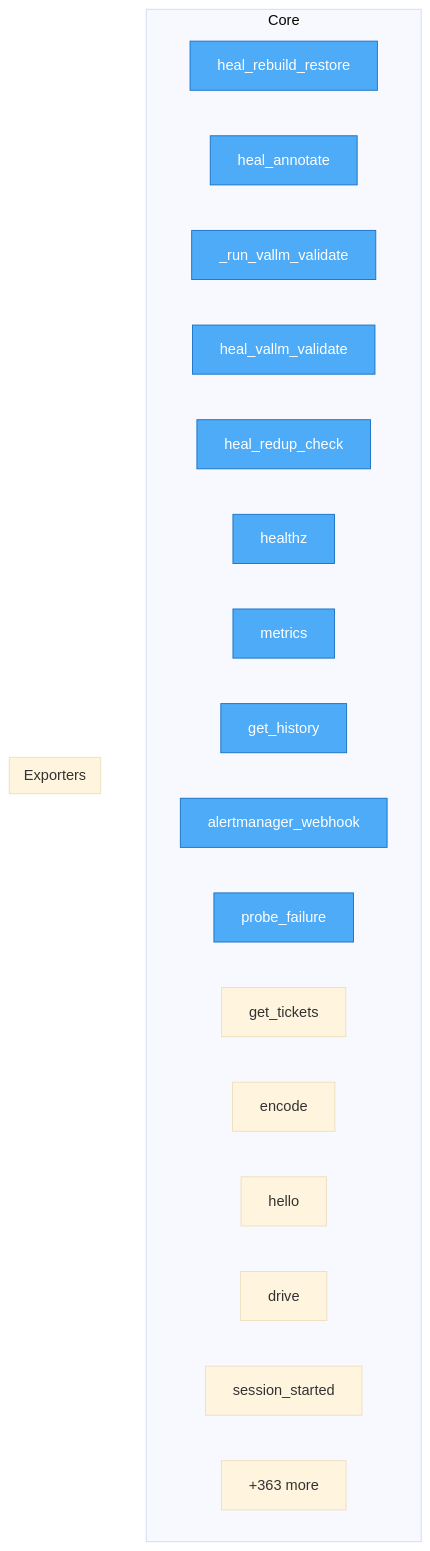
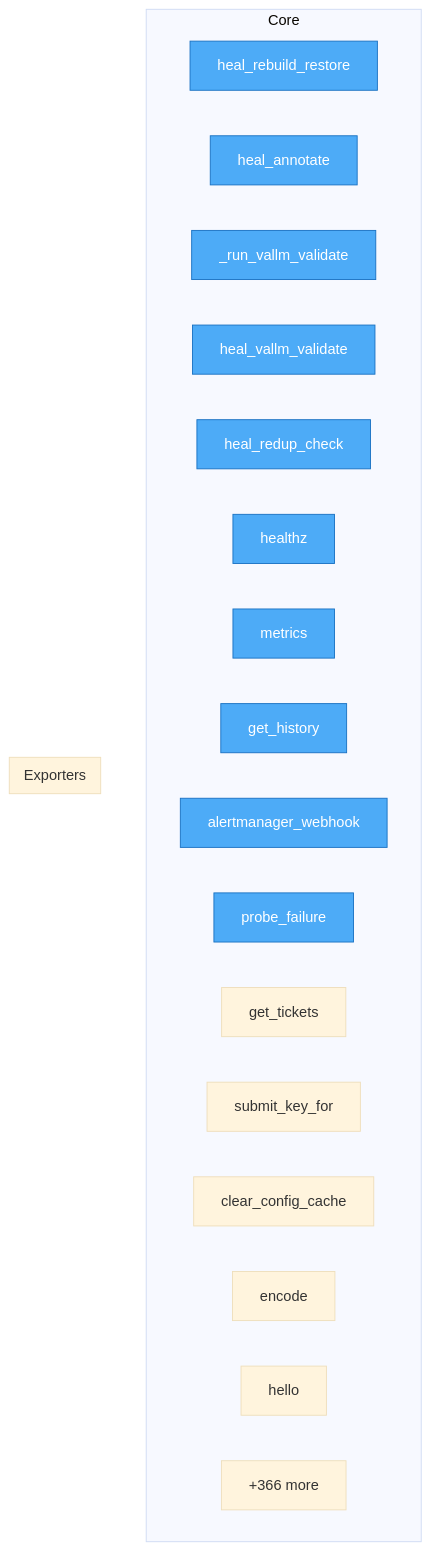
One commit to semcod/koru changed the diagram in project/flow.mmd. Above: the diagram before and after it, drawn with Mermaid (base theme). The commit also changed 107 other files, not shown here.

```diff
--- a/project/flow.mmd
+++ b/project/flow.mmd
@@ -1,29 +1,29 @@
 flowchart TD
 %% generated in 0.02s
 
     %% Entry points (blue)
     classDef entry fill:#4dabf7,stroke:#1971c2,color:#fff
 
     subgraph Core
         services__healing_webhook__app__heal_rebuild_restore["heal_rebuild_restore"]
         services__healing_webhook__app__heal_annotate["heal_annotate"]
         services__healing_webhook__app___run_vallm_validate["_run_vallm_validate"]
         services__healing_webhook__app__heal_vallm_validate["heal_vallm_validate"]
         services__healing_webhook__app__heal_redup_check["heal_redup_check"]
         services__healing_webhook__app__healthz["healthz"]
         services__healing_webhook__app__metrics["metrics"]
         services__healing_webhook__app__get_history["get_history"]
         services__healing_webhook__app__alertmanager_webhook["alertmanager_webhook"]
         services__healing_webhook__app__probe_failure["probe_failure"]
         services__healing_webhook__app__get_tickets["get_tickets"]
+        src__koruide__config__AutopilotConfig__submit_key_for["submit_key_for"]
+        src__koruide__config__clear_config_cache["clear_config_cache"]
         src__koruide__protocol__Message__encode["encode"]
         src__koruide__protocol__hello["hello"]
-        src__koruide__protocol__drive["drive"]
-        src__koruide__protocol__session_started["session_started"]
-        ...["+363 more"]
+        ...["+366 more"]
     end
 
     subgraph Exporters
     end
 
     class services__healing_webhook__app__heal_rebuild_restore,services__healing_webhook__app__heal_annotate,services__healing_webhook__app___run_vallm_validate,services__healing_webhook__app__heal_vallm_validate,services__healing_webhook__app__heal_redup_check,services__healing_webhook__app__healthz,services__healing_webhook__app__metrics,services__healing_webhook__app__get_history,services__healing_webhook__app__alertmanager_webhook,services__healing_webhook__app__probe_failure entry
```
